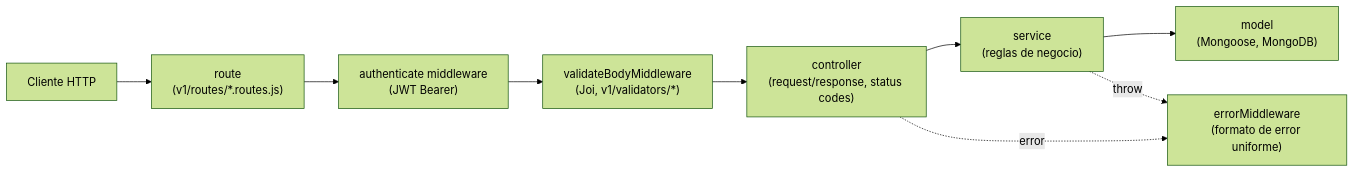
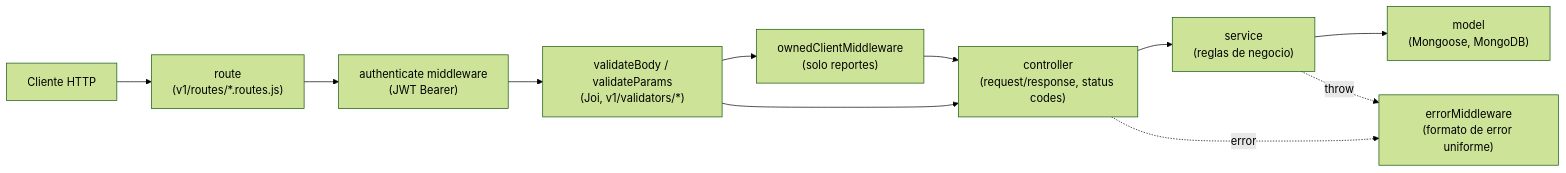
One commit to FrancoRossi-Dev/obligatorio changed the first of 3 diagrams in README.md. Above: the diagram before and after it, drawn with Mermaid (forest theme). The commit also changed other lines of this file, not shown here.

````diff
--- a/README.md
+++ b/README.md
@@ -148,11 +176,13 @@
 ```mermaid
 flowchart LR
     A[Cliente HTTP] --> B["route\n(v1/routes/*.routes.js)"]
     B --> C["authenticate middleware\n(JWT Bearer)"]
-    C --> D["validateBodyMiddleware\n(Joi, v1/validators/*)"]
-    D --> E["controller\n(request/response, status codes)"]
+    C --> D["validateBody / validateParams\n(Joi, v1/validators/*)"]
+    D --> O["ownedClientMiddleware\n(solo reportes)"]
+    O --> E["controller\n(request/response, status codes)"]
+    D --> E
     E --> F["service\n(reglas de negocio)"]
     F --> G["model\n(Mongoose, MongoDB)"]
     E -. error .-> H["errorMiddleware\n(formato de error uniforme)"]
     F -. throw .-> H
 ```
````
